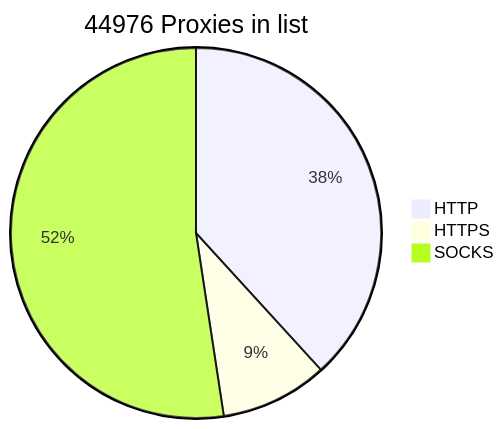
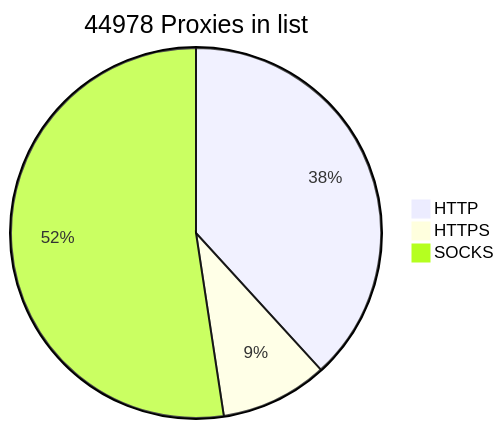
One commit to BlackSnowDot/proxylist-update-every-minute changed the diagram in README.md. Above: the diagram before and after it, drawn with Mermaid.

````diff
--- a/README.md
+++ b/README.md
@@ -2,6 +2,6 @@
 ```mermaid
-pie title 44976 Proxies in list
+pie title 44978 Proxies in list
     "HTTP" : 18752
     "HTTPS": 4602
-    "SOCKS" : 25710
+    "SOCKS" : 25712
 ```
````
